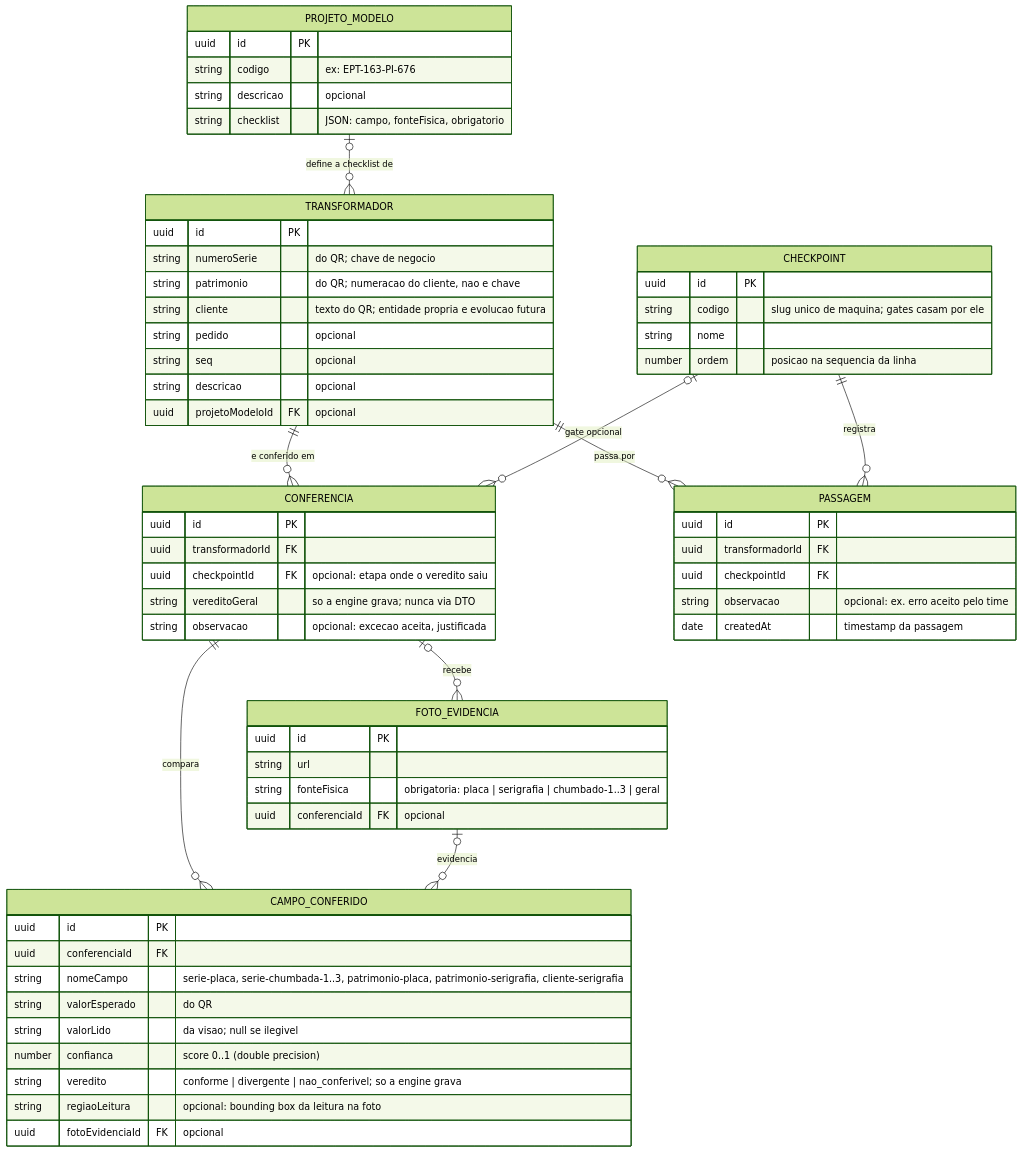
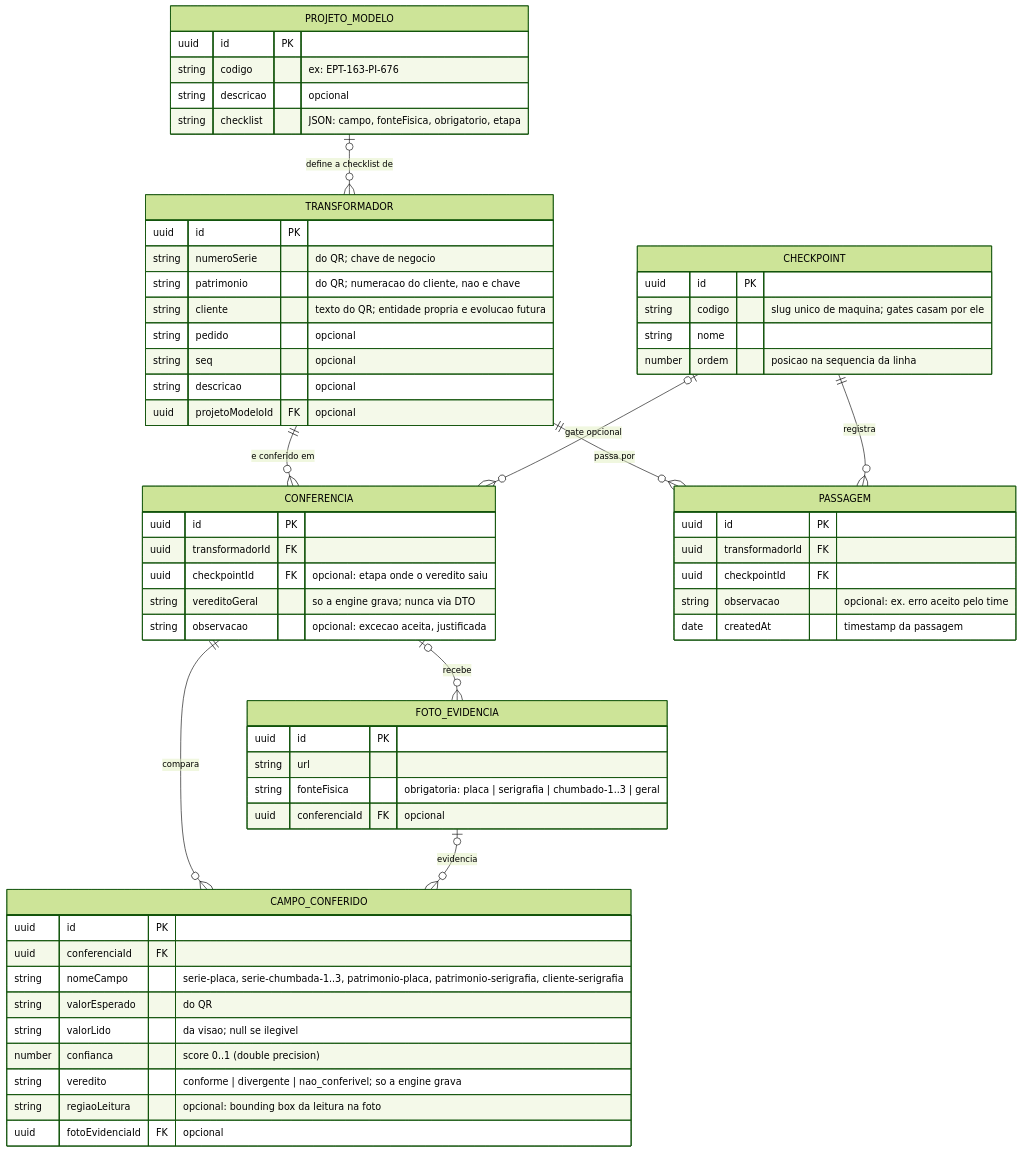
The first of 2 diagrams in SPEC.md (vctorgriggi/HackStars-Equipe3), drawn with Mermaid (forest theme) before and after one commit. The commit also changed other lines of this file and 7 other files, not shown here.

````diff
--- a/SPEC.md
+++ b/SPEC.md
@@ -80,65 +83,65 @@
 ```mermaid
 erDiagram
     PROJETO_MODELO |o--o{ TRANSFORMADOR : "define a checklist de"
     TRANSFORMADOR ||--o{ CONFERENCIA : "e conferido em"
     TRANSFORMADOR ||--o{ PASSAGEM : "passa por"
     CHECKPOINT ||--o{ PASSAGEM : "registra"
     CHECKPOINT |o--o{ CONFERENCIA : "gate opcional"
     CONFERENCIA ||--o{ CAMPO_CONFERIDO : "compara"
     CONFERENCIA |o--o{ FOTO_EVIDENCIA : "recebe"
     FOTO_EVIDENCIA |o--o{ CAMPO_CONFERIDO : "evidencia"
 
     PROJETO_MODELO {
         uuid id PK
         string codigo "ex: EPT-163-PI-676"
         string descricao "opcional"
-        string checklist "JSON: campo, fonteFisica, obrigatorio"
+        string checklist "JSON: campo, fonteFisica, obrigatorio, etapa"
     }
     TRANSFORMADOR {
         uuid id PK
         string numeroSerie "do QR; chave de negocio"
         string patrimonio "do QR; numeracao do cliente, nao e chave"
         string cliente "texto do QR; entidade propria e evolucao futura"
         string pedido "opcional"
         string seq "opcional"
         string descricao "opcional"
         uuid projetoModeloId FK "opcional"
     }
     CHECKPOINT {
         uuid id PK
         string codigo "slug unico de maquina; gates casam por ele"
         string nome
         number ordem "posicao na sequencia da linha"
     }
     CONFERENCIA {
         uuid id PK
         uuid transformadorId FK
         uuid checkpointId FK "opcional: etapa onde o veredito saiu"
         string vereditoGeral "so a engine grava; nunca via DTO"
         string observacao "opcional: excecao aceita, justificada"
     }
     CAMPO_CONFERIDO {
         uuid id PK
         uuid conferenciaId FK
         string nomeCampo "serie-placa, serie-chumbada-1..3, patrimonio-placa, patrimonio-serigrafia, cliente-serigrafia"
         string valorEsperado "do QR"
         string valorLido "da visao; null se ilegivel"
         number confianca "score 0..1 (double precision)"
         string veredito "conforme | divergente | nao_conferivel; so a engine grava"
         string regiaoLeitura "opcional: bounding box da leitura na foto"
         uuid fotoEvidenciaId FK "opcional"
     }
     FOTO_EVIDENCIA {
         uuid id PK
         string url
         string fonteFisica "obrigatoria: placa | serigrafia | chumbado-1..3 | geral"
         uuid conferenciaId FK "opcional"
     }
     PASSAGEM {
         uuid id PK
         uuid transformadorId FK
         uuid checkpointId FK
         string observacao "opcional: ex. erro aceito pelo time"
         date createdAt "timestamp da passagem"
     }
 ```
````
